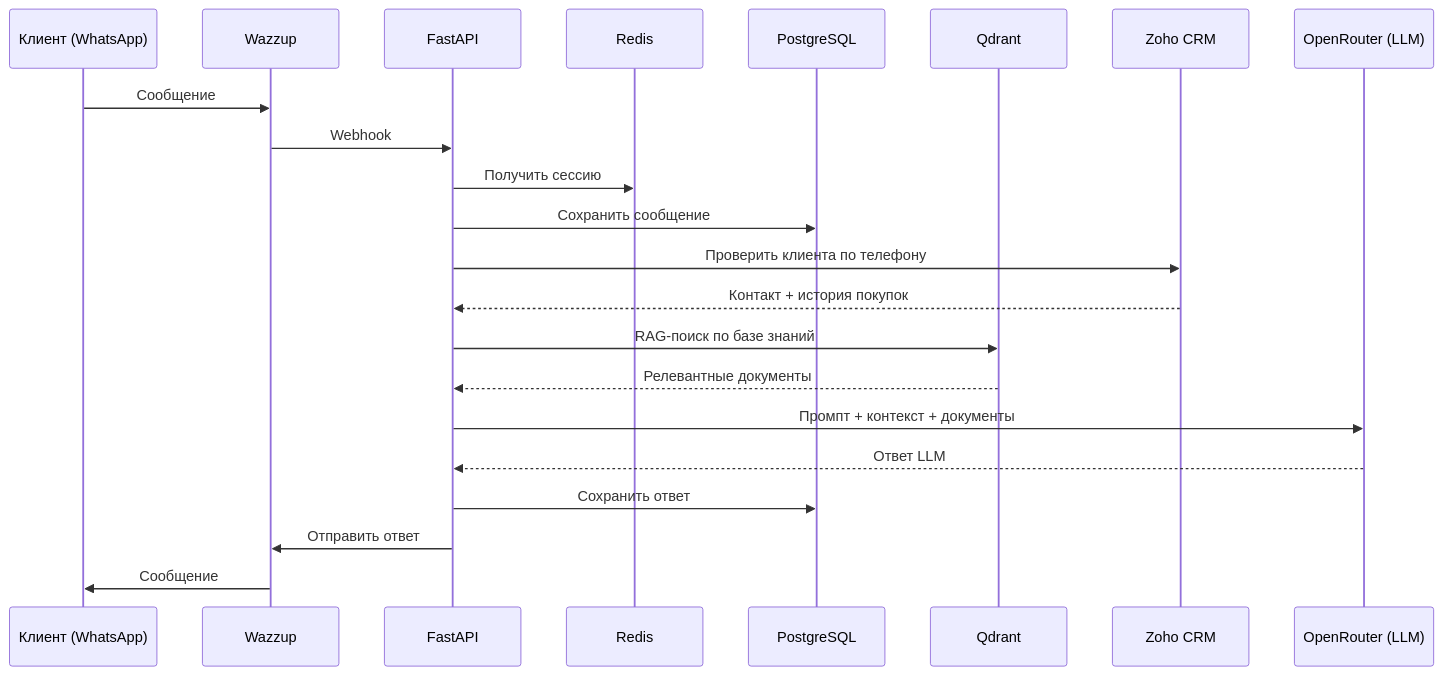
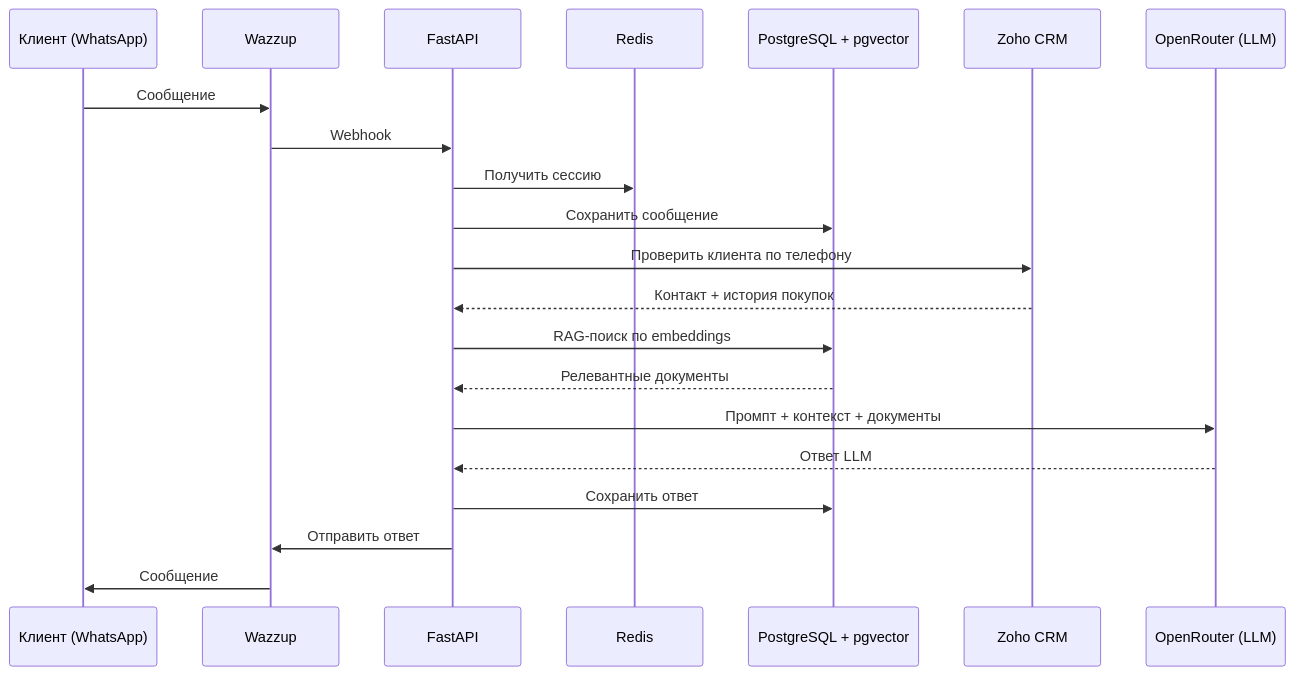
The third of 4 diagrams in docs/architecture.md (maslennikov-ig/treejar), drawn with Mermaid before and after one commit. The commit also changed other lines of this file and 29 other files, not shown here.

````diff
--- a/docs/architecture.md
+++ b/docs/architecture.md
@@ -230,25 +233,24 @@
 ```mermaid
 sequenceDiagram
     participant C as Клиент (WhatsApp)
     participant W as Wazzup
     participant A as FastAPI
     participant R as Redis
-    participant P as PostgreSQL
-    participant Q as Qdrant
+    participant P as PostgreSQL + pgvector
     participant Z as Zoho CRM
     participant L as OpenRouter (LLM)
 
     C->>W: Сообщение
     W->>A: Webhook
     A->>R: Получить сессию
     A->>P: Сохранить сообщение
     A->>Z: Проверить клиента по телефону
     Z-->>A: Контакт + история покупок
-    A->>Q: RAG-поиск по базе знаний
-    Q-->>A: Релевантные документы
+    A->>P: RAG-поиск по embeddings
+    P-->>A: Релевантные документы
     A->>L: Промпт + контекст + документы
     L-->>A: Ответ LLM
     A->>P: Сохранить ответ
     A->>W: Отправить ответ
     W->>C: Сообщение
 ```
````
